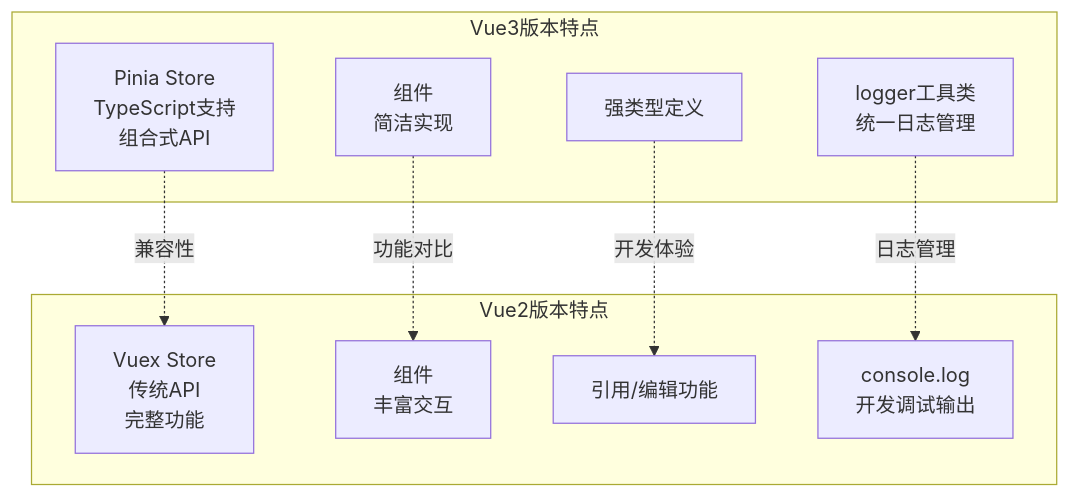
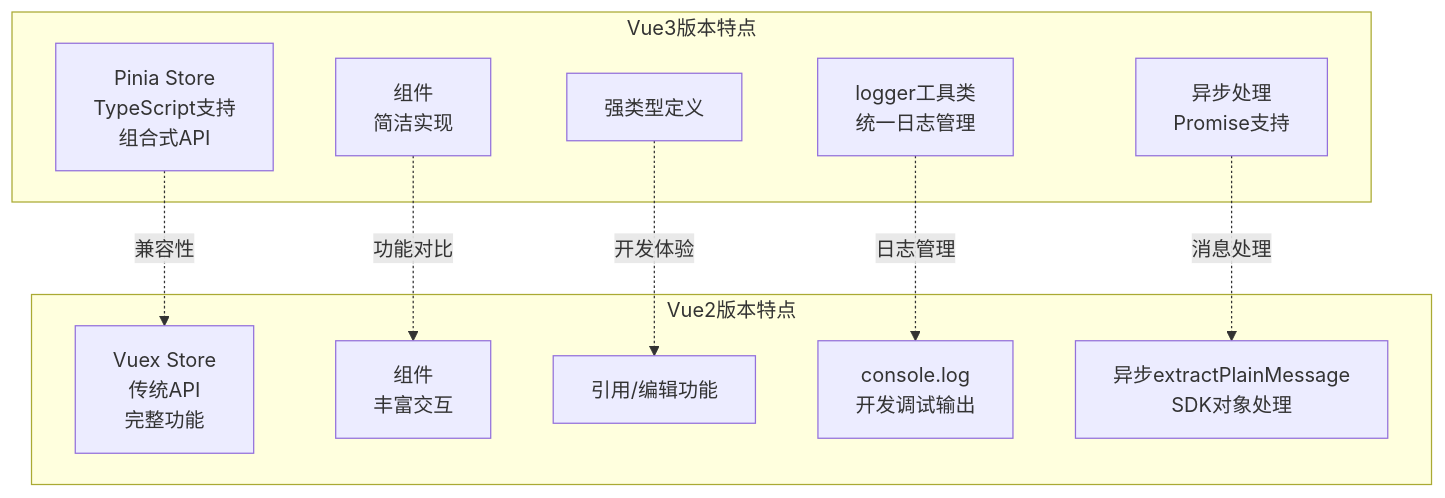
Before and after one commit to Easemob-Community/easemob-uikit-uniapp-community: the tenth of 11 diagrams in .qoder/repowiki/zh/content/状态管理系统/消息状态管理.md, drawn with Mermaid. The commit also changed other lines of this file and 10 other files, not shown here.

````diff
--- a/.qoder/repowiki/zh/content/状态管理系统/消息状态管理.md
+++ b/.qoder/repowiki/zh/content/状态管理系统/消息状态管理.md
@@ -468,19 +536,22 @@
 ```mermaid
 graph TB
 subgraph "Vue3版本特点"
 V3Store["Pinia Store<br/>TypeScript支持<br/>组合式API"]
 V3Components["组件<br/>简洁实现"]
 V3Types["强类型定义"]
 V3Logger["logger工具类<br/>统一日志管理"]
+V3Async["异步处理<br/>Promise支持"]
 end
 subgraph "Vue2版本特点"
 V2Store["Vuex Store<br/>传统API<br/>完整功能"]
 V2Components["组件<br/>丰富交互"]
 V2Features["引用/编辑功能"]
 V2Logger["console.log<br/>开发调试输出"]
+V2Async["异步extractPlainMessage<br/>SDK对象处理"]
 end
 V3Store -.->|兼容性| V2Store
 V3Components -.->|功能对比| V2Components
 V3Types -.->|开发体验| V2Features
 V3Logger -.->|日志管理| V2Logger
+V3Async -.->|消息处理| V2Async
 ```
````
